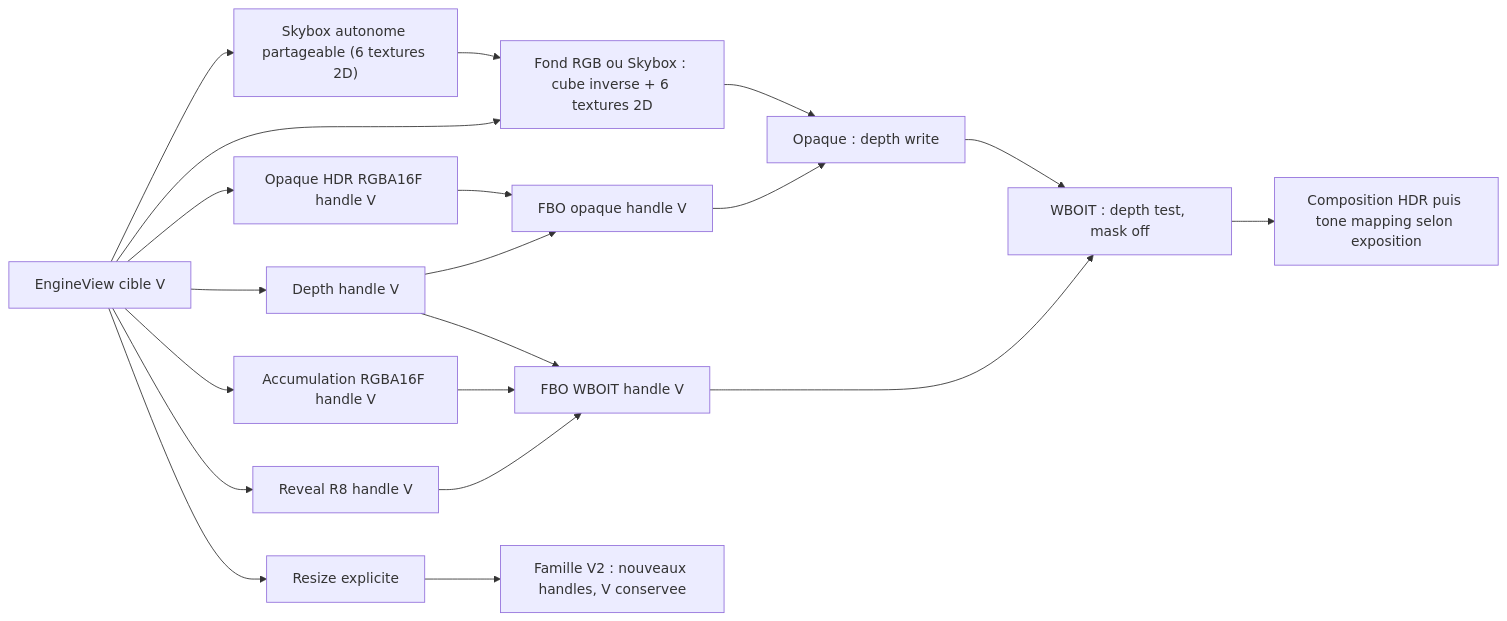
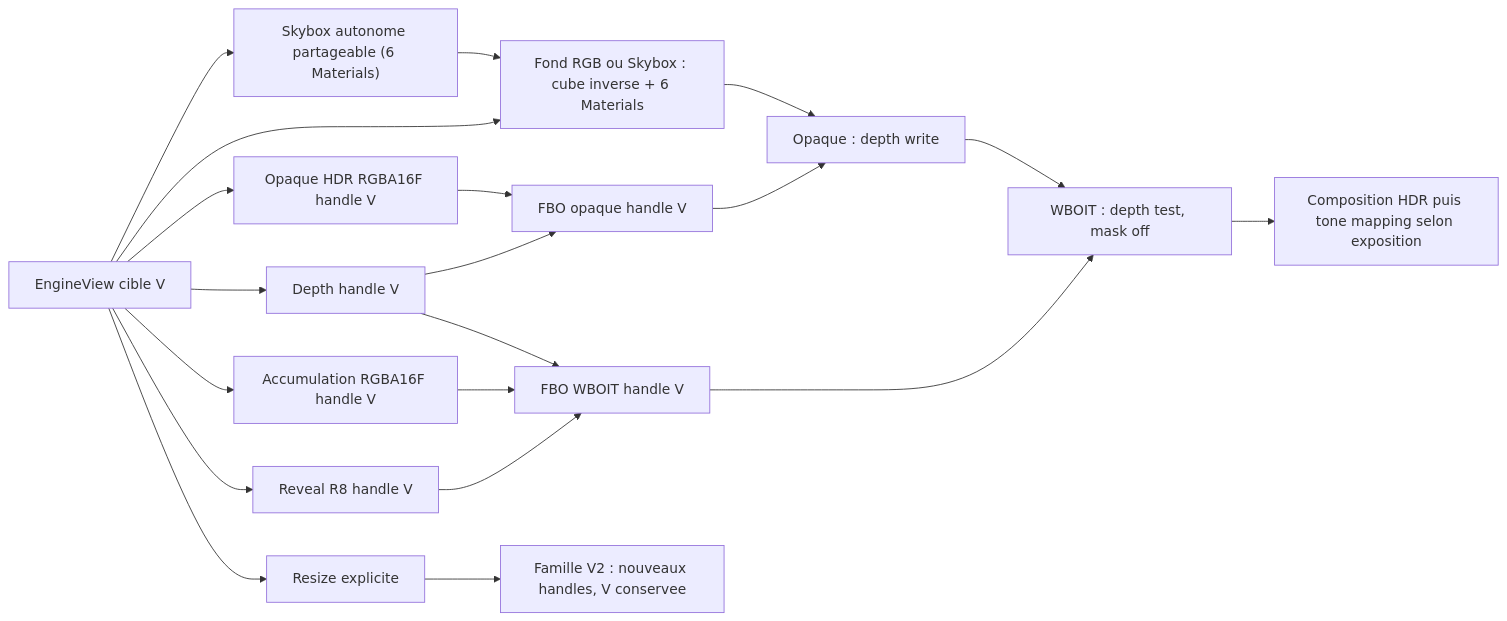
One commit to EreliaStudio/Sparkle changed the second of 5 diagrams in docs/voxel-engine-v0.1.4/09-pipeline-gpu-transparence.md. Above: the diagram before and after it, drawn with Mermaid. The commit also changed other lines of this file and 5 other files, not shown here.

Commit message:
docs(v0.1.4): revise Q-ARCH-012 for mutable Skybox face Materials

````diff
--- a/docs/voxel-engine-v0.1.4/09-pipeline-gpu-transparence.md
+++ b/docs/voxel-engine-v0.1.4/09-pipeline-gpu-transparence.md
@@ -58,22 +58,22 @@
 ```mermaid
 flowchart LR
   View["EngineView cible V"] --> OpaqueColor["Opaque HDR RGBA16F handle V"]
-  View --> Skybox["Skybox autonome partageable (6 textures 2D)"]
+  View --> Skybox["Skybox autonome partageable (6 Materials)"]
   Skybox --> Background
-  View --> Background["Fond RGB ou Skybox : cube inverse + 6 textures 2D"]
+  View --> Background["Fond RGB ou Skybox : cube inverse + 6 Materials"]
   Background --> DrawOpaque
   View --> Depth["Depth handle V"]
   View --> Accum["Accumulation RGBA16F handle V"]
   View --> Reveal["Reveal R8 handle V"]
   OpaqueColor --> FBOOpaque["FBO opaque handle V"]
   Depth --> FBOOpaque
   Depth --> FBOWBOIT["FBO WBOIT handle V"]
   Accum --> FBOWBOIT
   Reveal --> FBOWBOIT
   FBOOpaque --> DrawOpaque["Opaque : depth write"]
   DrawOpaque --> DrawWBOIT["WBOIT : depth test, mask off"]
   FBOWBOIT --> DrawWBOIT
   DrawWBOIT --> Compose["Composition HDR puis tone mapping selon exposition"]
   View --> Resize["Resize explicite"]
   Resize --> V2["Famille V2 : nouveaux handles, V conservee"]
 ```
````
